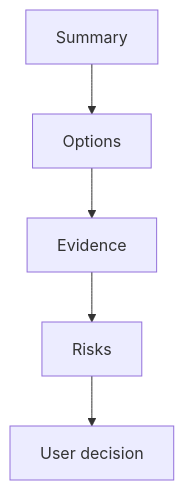
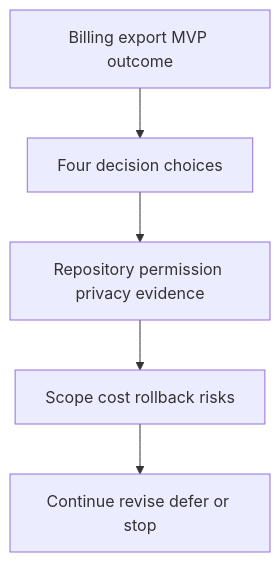
The diagram in docs/templates/decision-brief-template.md (vTRKA/supervibe), drawn with Mermaid before and after one commit. The commit also changed other lines of this file and 142 other files, not shown here.

````diff
--- a/docs/templates/decision-brief-template.md
+++ b/docs/templates/decision-brief-template.md
@@ -26,9 +26,9 @@
 ```mermaid
 flowchart TD
-  %% accTitle: Decision path
-  %% accDescr: The user reviews the summary, compares options and risks, checks evidence, then chooses continue, revise, defer, or stop.
-  Summary[Summary] --> Options[Options]
-  Options --> Evidence[Evidence]
-  Evidence --> Risks[Risks]
-  Risks --> Decision[User decision]
+  %% accTitle: Billing export decision path
+  %% accDescr: The user reviews the MVP outcome, compares continue, revise, defer, and stop options, checks evidence and risks, then chooses one next action.
+  Summary[Billing export MVP outcome] --> Options[Four decision choices]
+  Options --> Evidence[Repository permission privacy evidence]
+  Evidence --> Risks[Scope cost rollback risks]
+  Risks --> Decision[Continue revise defer or stop]
 ```
````
